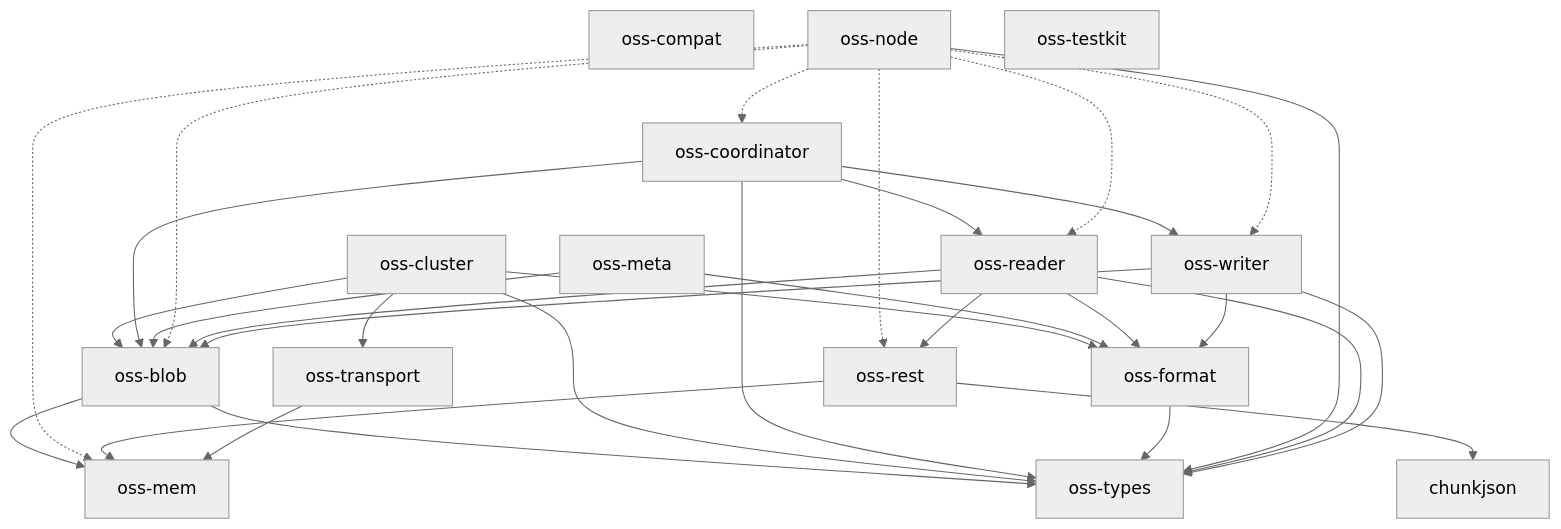
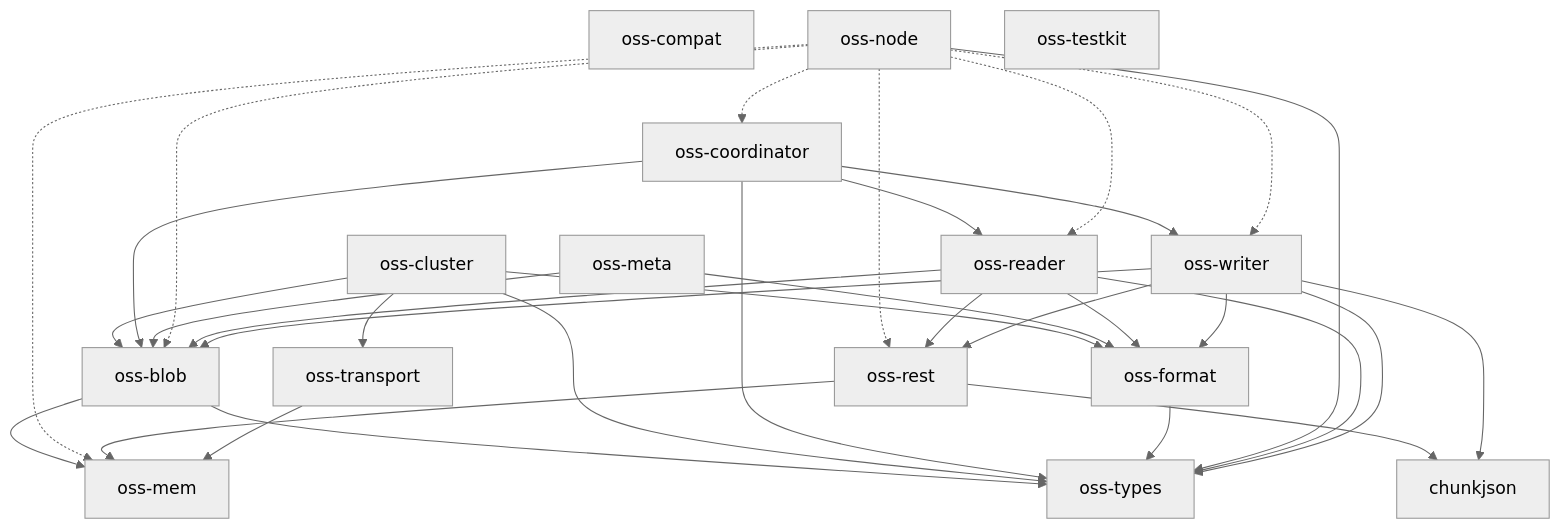
One commit to huyz0/opensearch-serverless changed the diagram in docs/architecture.md. Above: the diagram before and after it, drawn with Mermaid (neutral theme). The commit also changed 45 other files, not shown here.

````diff
--- a/docs/architecture.md
+++ b/docs/architecture.md
@@ -10,38 +10,40 @@
 ```mermaid
 graph TD
     chunkjson
     oss-blob --> oss-mem
     oss-blob --> oss-types
     oss-cluster --> oss-blob
     oss-cluster --> oss-format
     oss-cluster --> oss-transport
     oss-cluster --> oss-types
     oss-compat
     oss-coordinator --> oss-blob
     oss-coordinator --> oss-reader
     oss-coordinator --> oss-types
     oss-coordinator --> oss-writer
     oss-format --> oss-types
     oss-mem
     oss-meta --> oss-blob
     oss-meta --> oss-format
     oss-node -.-> oss-blob
     oss-node -.-> oss-coordinator
     oss-node -.-> oss-mem
     oss-node -.-> oss-reader
     oss-node -.-> oss-rest
     oss-node --> oss-types
     oss-node -.-> oss-writer
     oss-reader --> oss-blob
     oss-reader --> oss-format
     oss-reader --> oss-rest
     oss-reader --> oss-types
     oss-rest --> chunkjson
     oss-rest --> oss-mem
     oss-testkit
     oss-transport --> oss-mem
     oss-types
+    oss-writer --> chunkjson
     oss-writer --> oss-blob
     oss-writer --> oss-format
+    oss-writer --> oss-rest
     oss-writer --> oss-types
 ```
````
